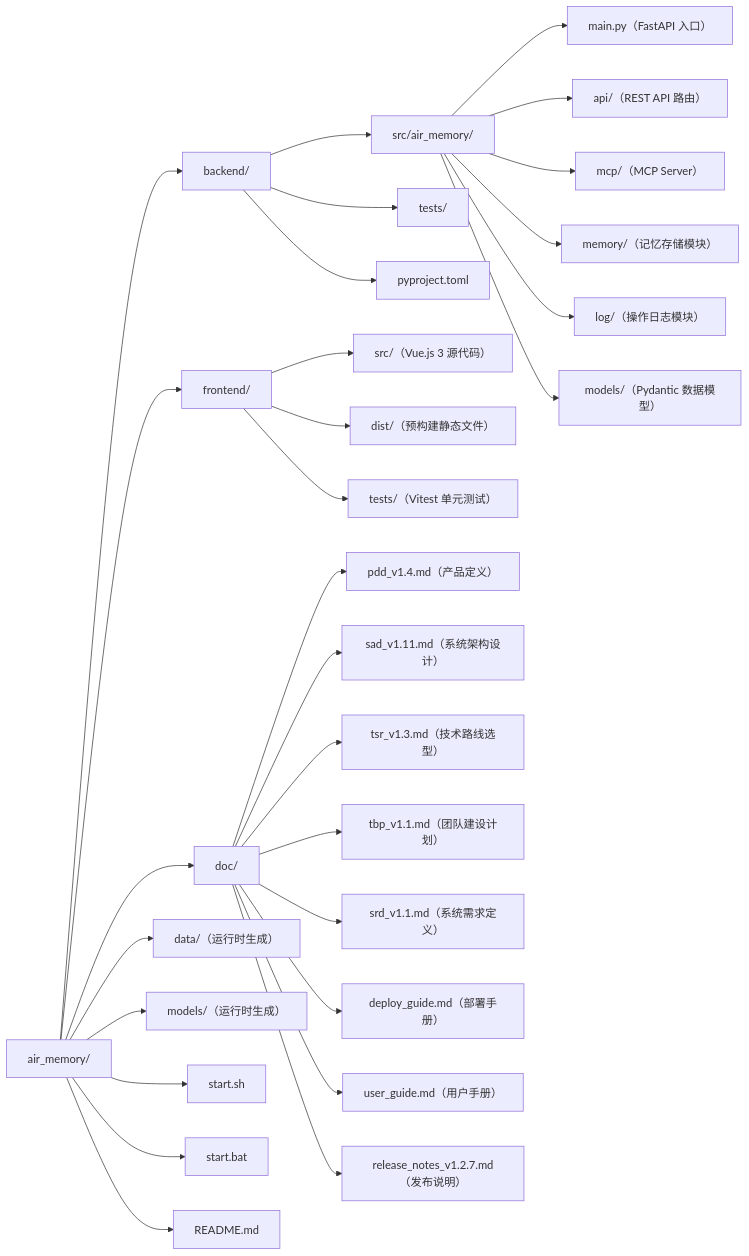
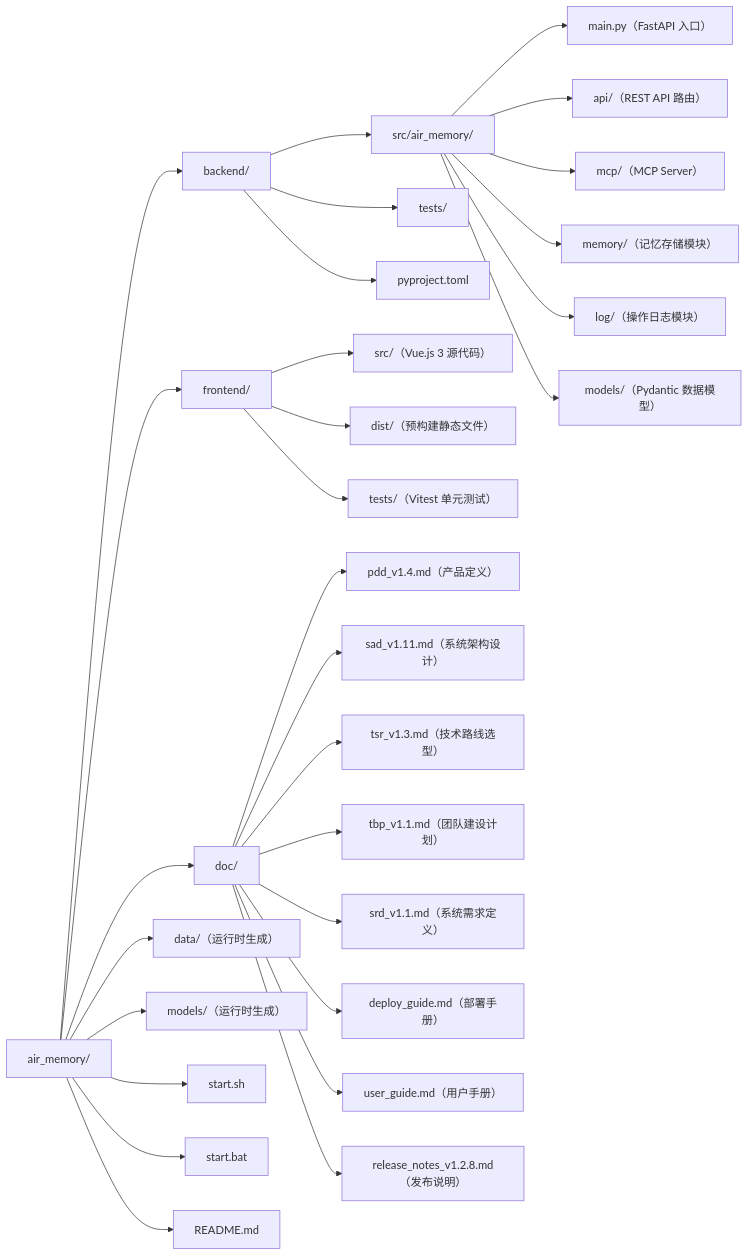
One commit to SevenLv/air_memory changed the diagram in README.md. Above: the diagram before and after it, drawn with Mermaid. The commit also changed other lines of this file and 8 other files, not shown here.

````diff
--- a/README.md
+++ b/README.md
@@ -50,37 +50,37 @@
 ```mermaid
 graph LR
     ROOT["air_memory/"]
 
     ROOT --> BACKEND["backend/"]
     ROOT --> FRONTEND["frontend/"]
     ROOT --> DOC["doc/"]
     ROOT --> DATA["data/（运行时生成）"]
     ROOT --> MODELS["models/（运行时生成）"]
     ROOT --> START_SH["start.sh"]
     ROOT --> START_BAT["start.bat"]
     ROOT --> README["README.md"]
 
     BACKEND --> BE_SRC["src/air_memory/"]
     BACKEND --> BE_TESTS["tests/"]
     BACKEND --> BE_PYPROJECT["pyproject.toml"]
 
     BE_SRC --> BE_MAIN["main.py（FastAPI 入口）"]
     BE_SRC --> BE_API["api/（REST API 路由）"]
     BE_SRC --> BE_MCP["mcp/（MCP Server）"]
     BE_SRC --> BE_MEM["memory/（记忆存储模块）"]
     BE_SRC --> BE_LOG["log/（操作日志模块）"]
     BE_SRC --> BE_MODELS["models/（Pydantic 数据模型）"]
 
     FRONTEND --> FE_SRC["src/（Vue.js 3 源代码）"]
     FRONTEND --> FE_DIST["dist/（预构建静态文件）"]
     FRONTEND --> FE_TESTS["tests/（Vitest 单元测试）"]
 
     DOC --> D1["pdd_v1.4.md（产品定义）"]
     DOC --> D2["sad_v1.11.md（系统架构设计）"]
     DOC --> D3["tsr_v1.3.md（技术路线选型）"]
     DOC --> D4["tbp_v1.1.md（团队建设计划）"]
     DOC --> D5["srd_v1.1.md（系统需求定义）"]
     DOC --> D6["deploy_guide.md（部署手册）"]
     DOC --> D7["user_guide.md（用户手册）"]
-    DOC --> D8["release_notes_v1.2.7.md（发布说明）"]
+    DOC --> D8["release_notes_v1.2.8.md（发布说明）"]
 ```
````
